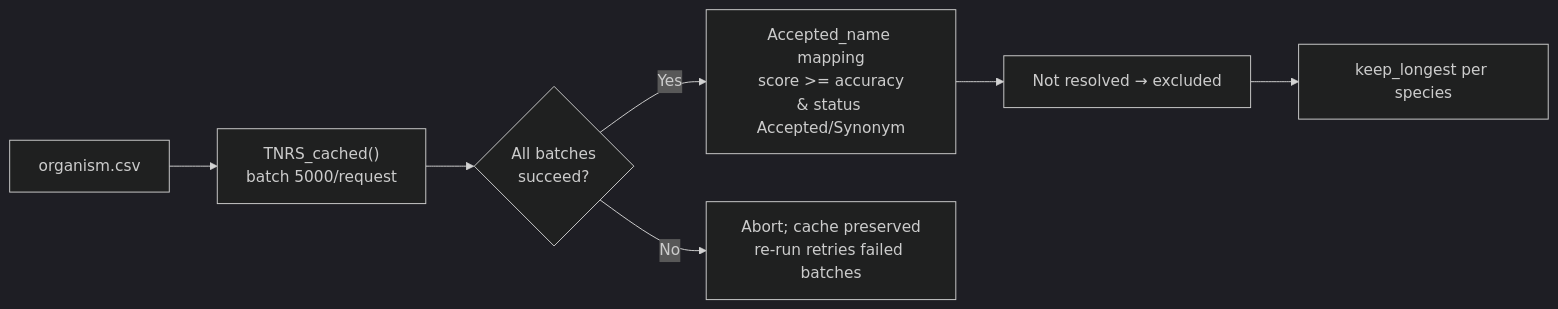
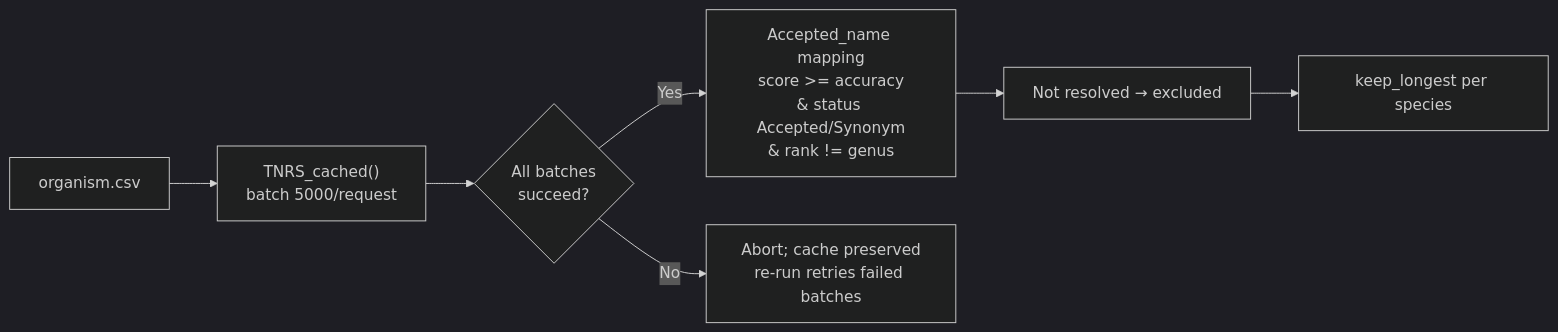
One commit to wyx619/PyNCBIminer_NG changed the second of 2 diagrams in src/Chloroplast/README.md. Above: the diagram before and after it, drawn with Mermaid (dark theme). The commit also changed other lines of this file and 1 other file, not shown here.

````diff
--- a/src/Chloroplast/README.md
+++ b/src/Chloroplast/README.md
@@ -146,9 +146,9 @@
 ```mermaid
 flowchart LR
     A["organism.csv"] --> B["TNRS_cached()<br/>batch 5000/request"]
     B --> C{"All batches<br/>succeed?"}
-    C -->|"Yes"| D["Accepted_name mapping<br/>score >= accuracy<br/>& status Accepted/Synonym"]
+    C -->|"Yes"| D["Accepted_name mapping<br/>score >= accuracy<br/>& status Accepted/Synonym<br/>& rank != genus"]
     C -->|"No"| E["Abort; cache preserved<br/>re-run retries failed batches"]
     D --> F["Not resolved → excluded"]
     F --> G["keep_longest per species"]
 ```
````
